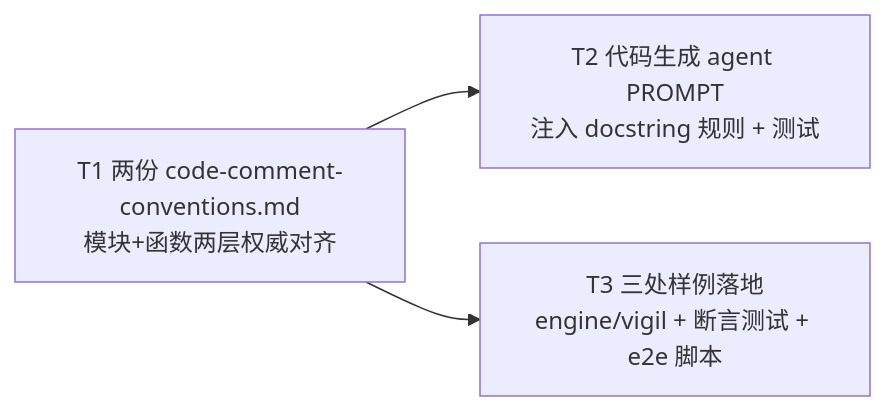
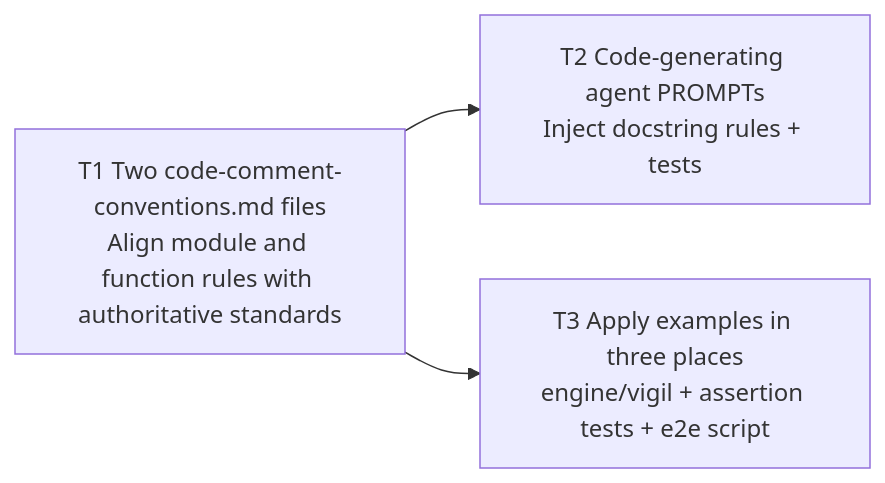
Before and after one commit to Curry09/OpenAgents: the diagram in docs/specs/0059-docstring-conventions-pep257.md, drawn with Mermaid. The commit also changed other lines of this file and 461 other files, not shown here.

````diff
--- a/docs/specs/0059-docstring-conventions-pep257.md
+++ b/docs/specs/0059-docstring-conventions-pep257.md
@@ -233,5 +237,5 @@
 ```mermaid
 graph LR
-    T1["T1 两份 code-comment-conventions.md<br/>模块+函数两层权威对齐"] --> T2["T2 代码生成 agent PROMPT<br/>注入 docstring 规则 + 测试"]
-    T1 --> T3["T3 三处样例落地<br/>engine/vigil + 断言测试 + e2e 脚本"]
+    T1["T1 Two code-comment-conventions.md files<br/>Align module and function rules with authoritative standards"] --> T2["T2 Code-generating agent PROMPTs<br/>Inject docstring rules + tests"]
+    T1 --> T3["T3 Apply examples in three places<br/>engine/vigil + assertion tests + e2e script"]
 ```
````
